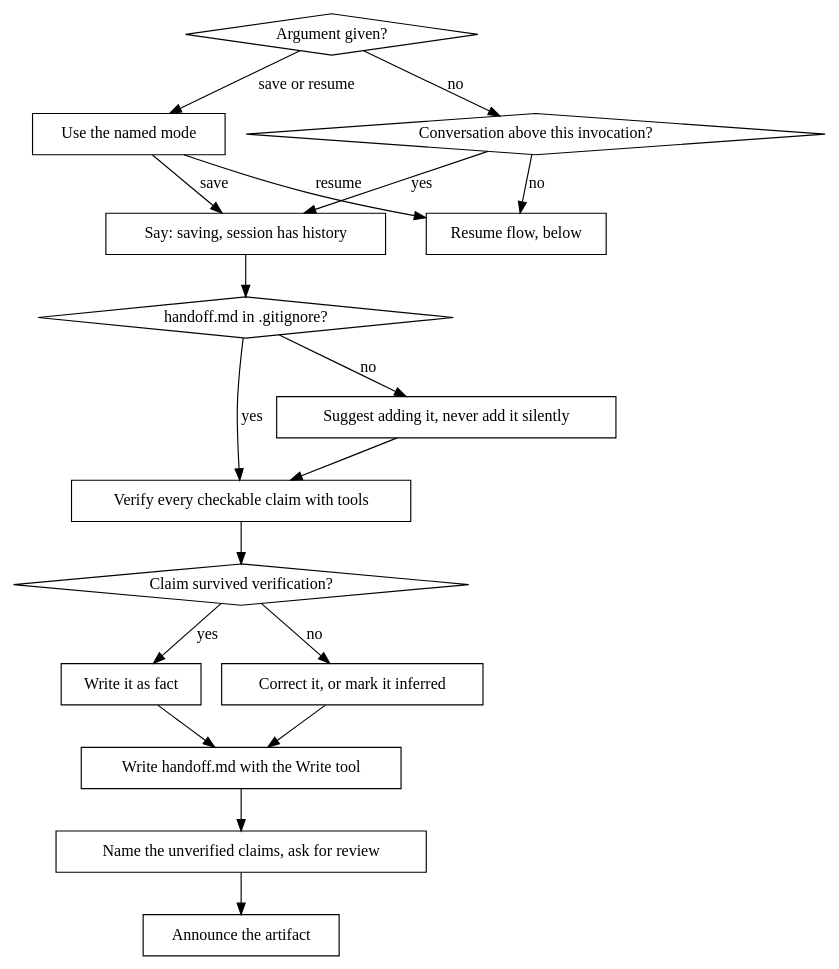
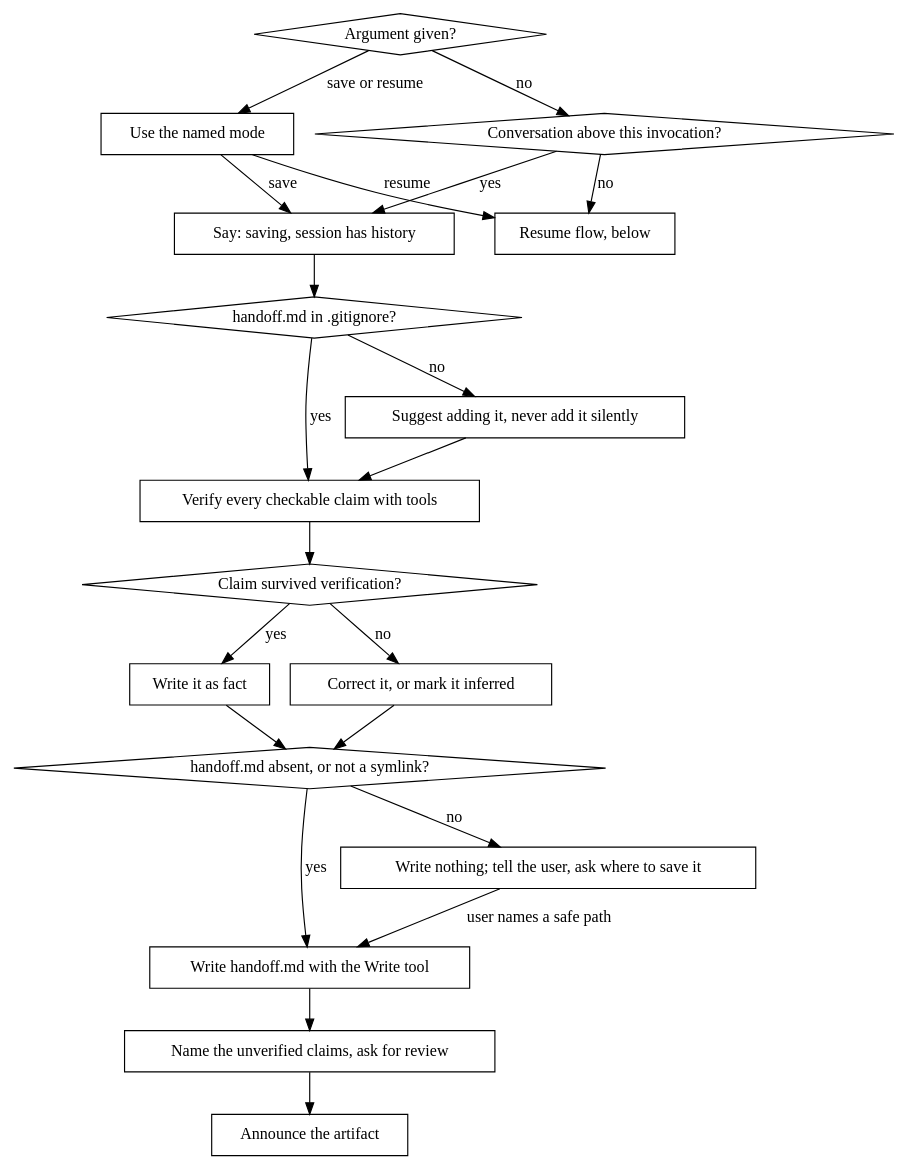
Before and after one commit to Ovid/paad: the first of 2 diagrams in preview/paad/skills/handoff/SKILL.md, drawn with Graphviz. The commit also changed other lines of this file and 12 other files, not shown here.

````diff
--- a/preview/paad/skills/handoff/SKILL.md
+++ b/preview/paad/skills/handoff/SKILL.md
@@ -22,36 +22,41 @@
 ```dot
 digraph handoff_save {
   "Argument given?" [shape=diamond];
   "Use the named mode" [shape=box];
   "Conversation above this invocation?" [shape=diamond];
   "Say: saving, session has history" [shape=box];
   "Resume flow, below" [shape=box];
   "handoff.md in .gitignore?" [shape=diamond];
   "Suggest adding it, never add it silently" [shape=box];
   "Verify every checkable claim with tools" [shape=box];
   "Claim survived verification?" [shape=diamond];
   "Write it as fact" [shape=box];
   "Correct it, or mark it inferred" [shape=box];
+  "handoff.md absent, or not a symlink?" [shape=diamond];
+  "Write nothing; tell the user, ask where to save it" [shape=box];
   "Write handoff.md with the Write tool" [shape=box];
   "Name the unverified claims, ask for review" [shape=box];
   "Announce the artifact" [shape=box];
 
   "Argument given?" -> "Use the named mode" [label="save or resume"];
   "Argument given?" -> "Conversation above this invocation?" [label="no"];
   "Conversation above this invocation?" -> "Say: saving, session has history" [label="yes"];
   "Conversation above this invocation?" -> "Resume flow, below" [label="no"];
   "Use the named mode" -> "Say: saving, session has history" [label="save"];
   "Use the named mode" -> "Resume flow, below" [label="resume"];
   "Say: saving, session has history" -> "handoff.md in .gitignore?";
   "handoff.md in .gitignore?" -> "Suggest adding it, never add it silently" [label="no"];
   "handoff.md in .gitignore?" -> "Verify every checkable claim with tools" [label="yes"];
   "Suggest adding it, never add it silently" -> "Verify every checkable claim with tools";
   "Verify every checkable claim with tools" -> "Claim survived verification?";
   "Claim survived verification?" -> "Write it as fact" [label="yes"];
   "Claim survived verification?" -> "Correct it, or mark it inferred" [label="no"];
-  "Write it as fact" -> "Write handoff.md with the Write tool";
-  "Correct it, or mark it inferred" -> "Write handoff.md with the Write tool";
+  "Write it as fact" -> "handoff.md absent, or not a symlink?";
+  "Correct it, or mark it inferred" -> "handoff.md absent, or not a symlink?";
   "Write handoff.md with the Write tool" -> "Name the unverified claims, ask for review";
   "Name the unverified claims, ask for review" -> "Announce the artifact";
+  "handoff.md absent, or not a symlink?" -> "Write handoff.md with the Write tool" [label="yes"];
+  "handoff.md absent, or not a symlink?" -> "Write nothing; tell the user, ask where to save it" [label="no"];
+  "Write nothing; tell the user, ask where to save it" -> "Write handoff.md with the Write tool" [label="user names a safe path"];
 }
 ```
````
